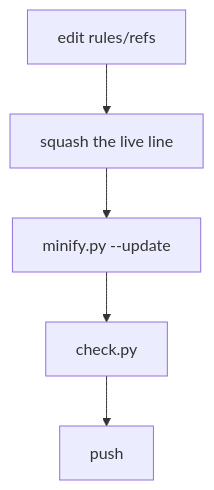
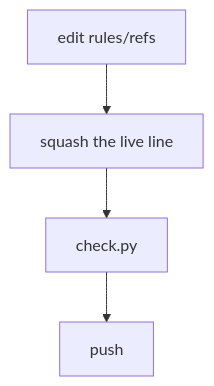
The diagram in maintenance/README.md (nemoe7/clankers), drawn with Mermaid before and after one commit. The commit also changed other lines of this file and 176 other files, not shown here.

````diff
--- a/maintenance/README.md
+++ b/maintenance/README.md
@@ -95,7 +95,6 @@
 ```mermaid
 flowchart TB
   E[edit rules/refs] --> S[squash the live line]
-  S --> M[minify.py --update]
-  M --> C[check.py]
+  S --> C[check.py]
   C --> P[push]
 ```
````
